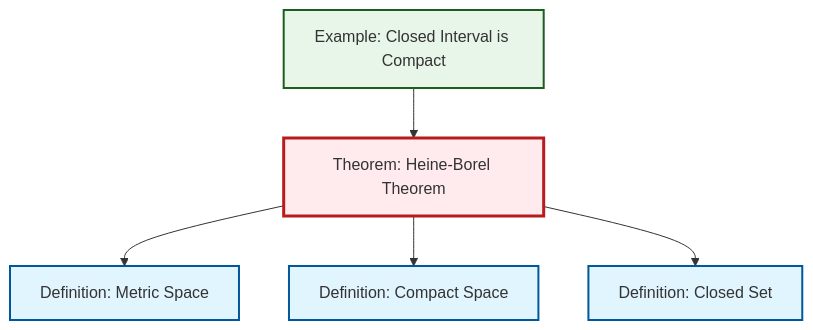
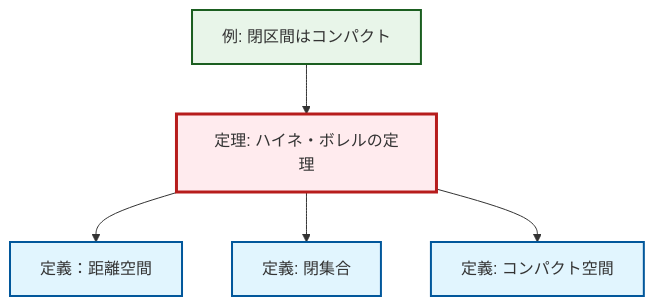
Before and after one commit to RK0429/ModernMath: the diagram in content/ja/topology/thm-heine-borel.qmd, drawn with Mermaid. The commit also changed 1069 other files, not shown here.

````diff
--- a/content/ja/topology/thm-heine-borel.qmd
+++ b/content/ja/topology/thm-heine-borel.qmd
@@ -49,23 +49,23 @@
 ```{mermaid}
 %%| fig-cap: "Local dependency graph"
 graph TD
     classDef definition fill:#e1f5fe,stroke:#01579b,stroke-width:2px
     classDef theorem fill:#f3e5f5,stroke:#4a148c,stroke-width:2px
     classDef axiom fill:#fff3e0,stroke:#e65100,stroke-width:2px
     classDef example fill:#e8f5e9,stroke:#1b5e20,stroke-width:2px
     classDef current fill:#ffebee,stroke:#b71c1c,stroke-width:3px
-    def-metric-space["Definition: Metric Space"]:::definition
-    ex-closed-interval-compact["Example: Closed Interval is Compact"]:::example
-    def-closed-set["Definition: Closed Set"]:::definition
-    thm-heine-borel["Theorem: Heine-Borel Theorem"]:::theorem
-    def-compact["Definition: Compact Space"]:::definition
+    ex-closed-interval-compact["例: 閉区間はコンパクト"]:::example
+    def-metric-space["定義：距離空間"]:::definition
+    def-closed-set["定義: 閉集合"]:::definition
+    thm-heine-borel["定理: ハイネ・ボレルの定理"]:::theorem
+    def-compact["定義: コンパクト空間"]:::definition
     thm-heine-borel --> def-metric-space
     ex-closed-interval-compact --> thm-heine-borel
+    thm-heine-borel --> def-closed-set
     thm-heine-borel --> def-compact
-    thm-heine-borel --> def-closed-set
     class thm-heine-borel current
-    click def-metric-space "def-metric-space.html" "Definition: Metric Spaceへ"
-    click ex-closed-interval-compact "ex-closed-interval-compact.html" "Example: Closed Interval is Compactへ"
-    click def-closed-set "def-closed-set.html" "Definition: Closed Setへ"
-    click def-compact "def-compact.html" "Definition: Compact Spaceへ"
+    click ex-closed-interval-compact "ex-closed-interval-compact.html" "閉区間はコンパクトの例へ"
+    click def-metric-space "def-metric-space.html" "定義：距離空間へ"
+    click def-closed-set "def-closed-set.html" "閉集合の定義へ"
+    click def-compact "def-compact.html" "コンパクト空間の定義へ"
 ```
````
